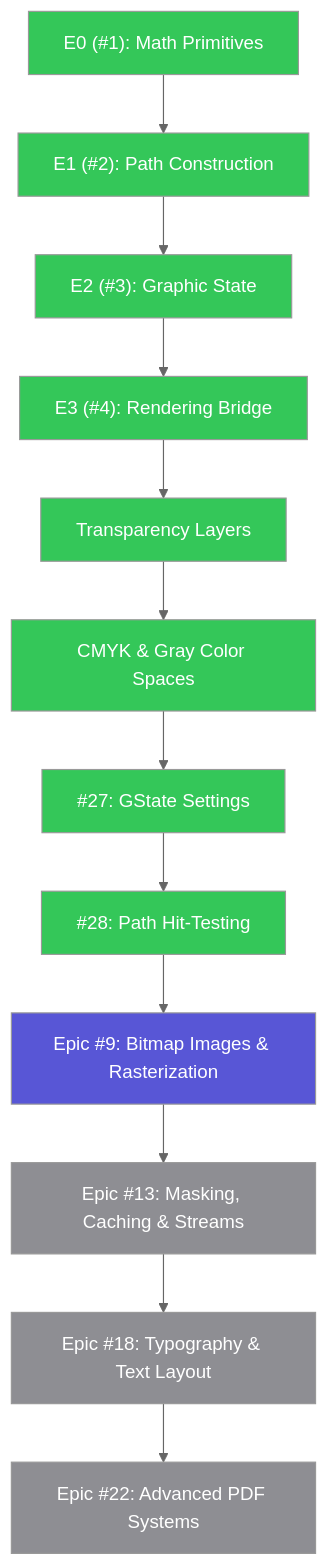
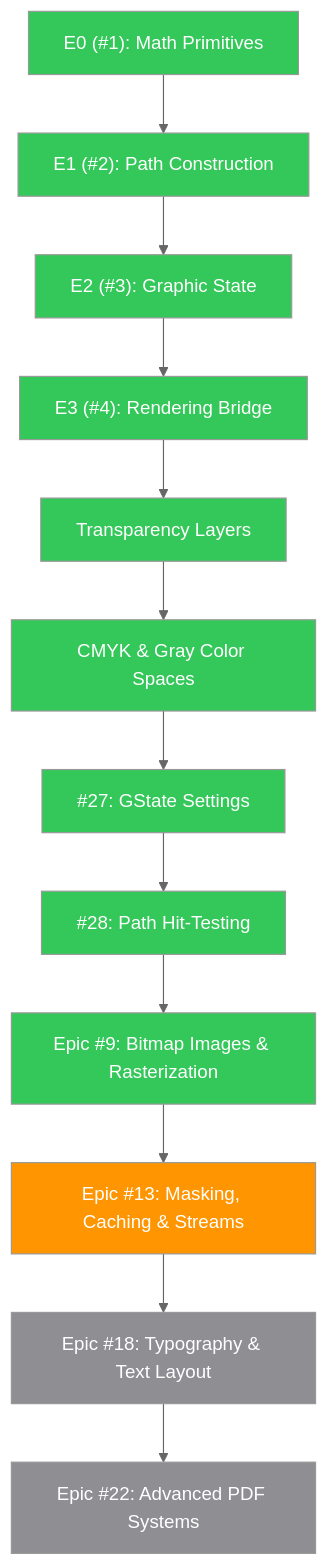
Before and after one commit to SlayerMotion/PureDraw: the first of 2 diagrams in docs/prioritized_roadmap.md, drawn with Mermaid (neutral theme). The commit also changed 1 other file, not shown here.

Commit message:
docs: mark shipped epics done in roadmap diagrams
Epic #9 (#10, #11, #12), #14, #27, #28, E2 (#3), and E3 (#4) are
implemented; the corresponding issues are closed with their fixing
commits. Epic #13 moves to partial with #16 up next.

````diff
--- a/docs/prioritized_roadmap.md
+++ b/docs/prioritized_roadmap.md
@@ -10,22 +10,22 @@
 ```mermaid
 flowchart TB
     classDef done    fill:#34C759,color:#FFFFFF
     classDef active  fill:#007AFF,color:#FFFFFF
     classDef review  fill:#30B0C7,color:#FFFFFF
     classDef next    fill:#5856D6,color:#FFFFFF
     classDef partial fill:#FF9500,color:#FFFFFF
     classDef todo    fill:#8E8E93,color:#FFFFFF
 
-    E0["E0 (#1): Math Primitives"]:::done --> E1["E1 (#2): Path Construction"]:::done --> E2["E2 (#3): Graphic State"]:::done --> E3["E3 (#4): Rendering Bridge"]:::done --> TL["Transparency Layers"]:::done --> CS["CMYK & Gray Color Spaces"]:::done --> P1_1["#27: GState Settings"]:::done --> P1_2["#28: Path Hit-Testing"]:::done --> Epic9["Epic #9: Bitmap Images & Rasterization"]:::next --> Epic13["Epic #13: Masking, Caching & Streams"]:::todo --> Epic18["Epic #18: Typography & Text Layout"]:::todo --> Epic22["Epic #22: Advanced PDF Systems"]:::todo
+    E0["E0 (#1): Math Primitives"]:::done --> E1["E1 (#2): Path Construction"]:::done --> E2["E2 (#3): Graphic State"]:::done --> E3["E3 (#4): Rendering Bridge"]:::done --> TL["Transparency Layers"]:::done --> CS["CMYK & Gray Color Spaces"]:::done --> P1_1["#27: GState Settings"]:::done --> P1_2["#28: Path Hit-Testing"]:::done --> Epic9["Epic #9: Bitmap Images & Rasterization"]:::done --> Epic13["Epic #13: Masking, Caching & Streams"]:::partial --> Epic18["Epic #18: Typography & Text Layout"]:::todo --> Epic22["Epic #22: Advanced PDF Systems"]:::todo
 
     click E0 href "https://github.com/mihaelamj/PureDraw/issues/1" "E0"
     click E1 href "https://github.com/mihaelamj/PureDraw/issues/2" "E1"
     click E2 href "https://github.com/mihaelamj/PureDraw/issues/3" "E2"
     click E3 href "https://github.com/mihaelamj/PureDraw/issues/4" "E3"
     click P1_1 href "https://github.com/mihaelamj/PureDraw/issues/27" "Issue #27"
     click P1_2 href "https://github.com/mihaelamj/PureDraw/issues/28" "Issue #28"
     click Epic9 href "https://github.com/mihaelamj/PureDraw/issues/9" "Epic #9"
     click Epic13 href "https://github.com/mihaelamj/PureDraw/issues/13" "Epic #13"
     click Epic18 href "https://github.com/mihaelamj/PureDraw/issues/18" "Epic #18"
     click Epic22 href "https://github.com/mihaelamj/PureDraw/issues/22" "Epic #22"
 ```
````
